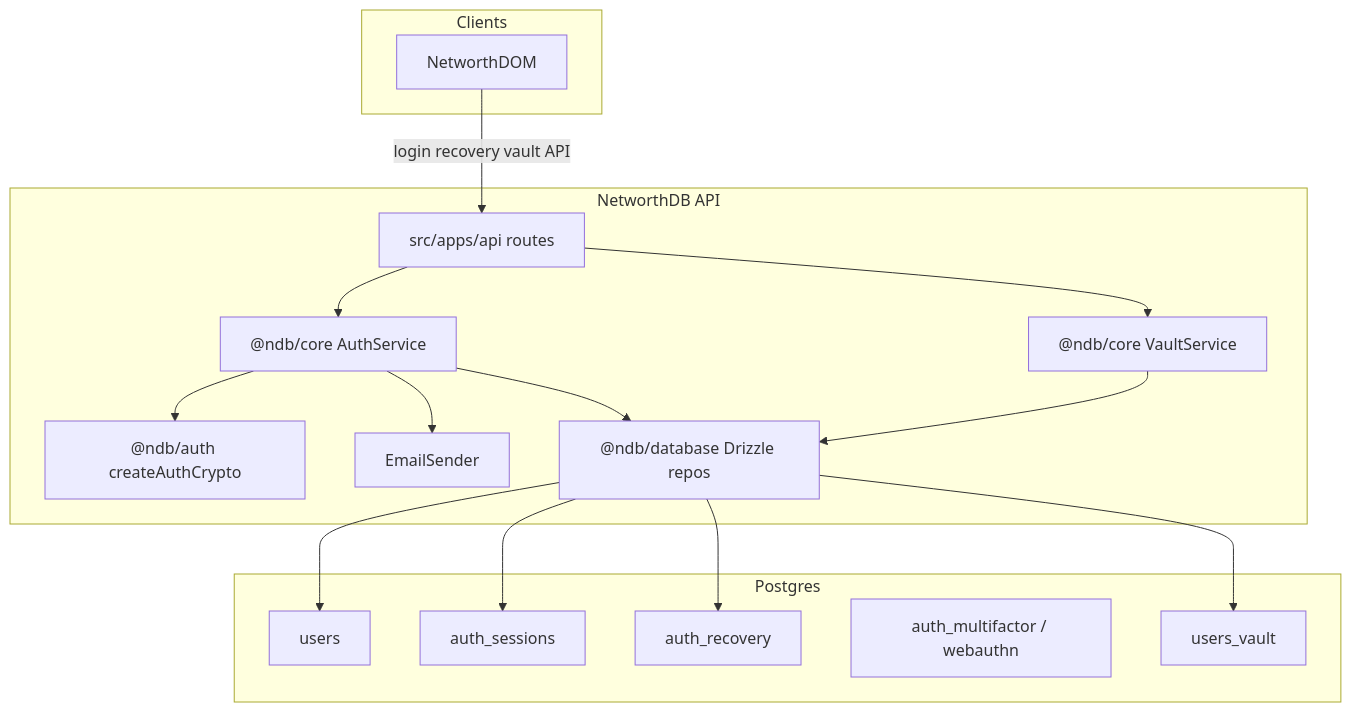
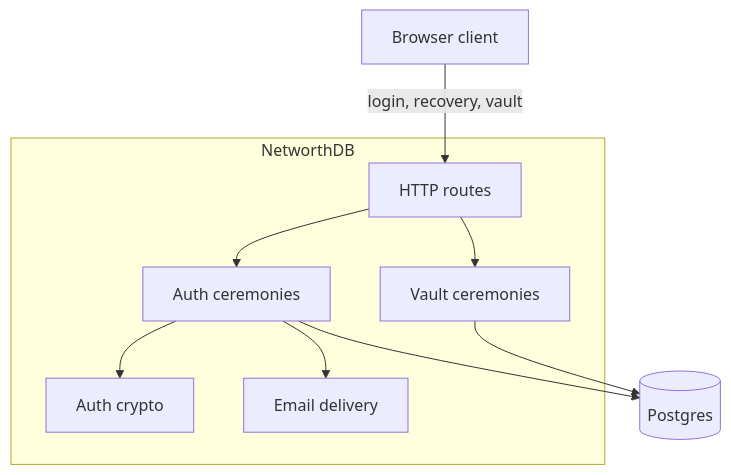
The first of 3 diagrams in docs/adr/002-authentication.md (financial-footprints/NetworthDB), drawn with Mermaid before and after one commit. The commit also changed other lines of this file and 38 other files, not shown here.

````diff
--- a/docs/adr/002-authentication.md
+++ b/docs/adr/002-authentication.md
@@ -107,35 +33,22 @@
 ```mermaid
 flowchart TB
-  subgraph clients [Clients]
-    DOM[NetworthDOM]
+  Client[Browser client]
+
+  subgraph api [NetworthDB]
+    Routes[HTTP routes]
+    AuthSvc[Auth ceremonies]
+    VaultSvc[Vault ceremonies]
+    Crypto[Auth crypto]
+    Mail[Email delivery]
   end
 
-  subgraph networthdb [NetworthDB API]
-    Routes["src/apps/api routes"]
-    AuthSvc["@ndb/core AuthService"]
-    VaultSvc["@ndb/core VaultService"]
-    AuthCrypto["@ndb/auth createAuthCrypto"]
-    Mailer[EmailSender]
-    Repos["@ndb/database Drizzle repos"]
-  end
+  DB[(Postgres)]
 
-  subgraph authdata [Postgres]
-    Users[users]
-    Sessions[auth_sessions]
-    Recovery[auth_recovery]
-    MFA[auth_multifactor / webauthn]
-    Vault[users_vault]
-  end
-
-  DOM -->|login recovery vault API| Routes
+  Client -->|login, recovery, vault| Routes
   Routes --> AuthSvc
   Routes --> VaultSvc
-  AuthSvc --> AuthCrypto
-  AuthSvc --> Mailer
-  AuthSvc --> Repos
-  VaultSvc --> Repos
-  Repos --> Users
-  Repos --> Sessions
-  Repos --> Recovery
-  Repos --> Vault
+  AuthSvc --> Crypto
+  AuthSvc --> Mail
+  AuthSvc --> DB
+  VaultSvc --> DB
 ```
````
